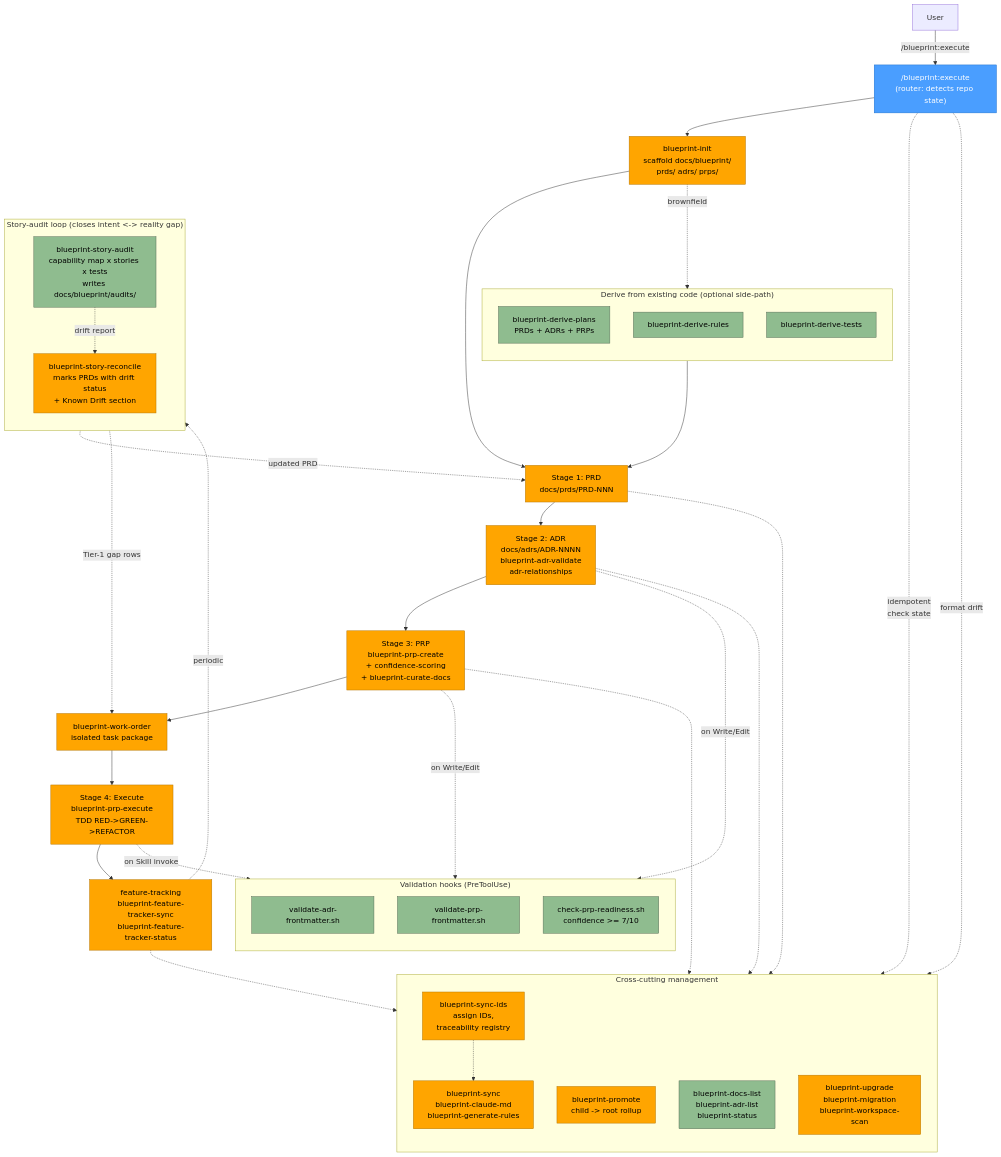
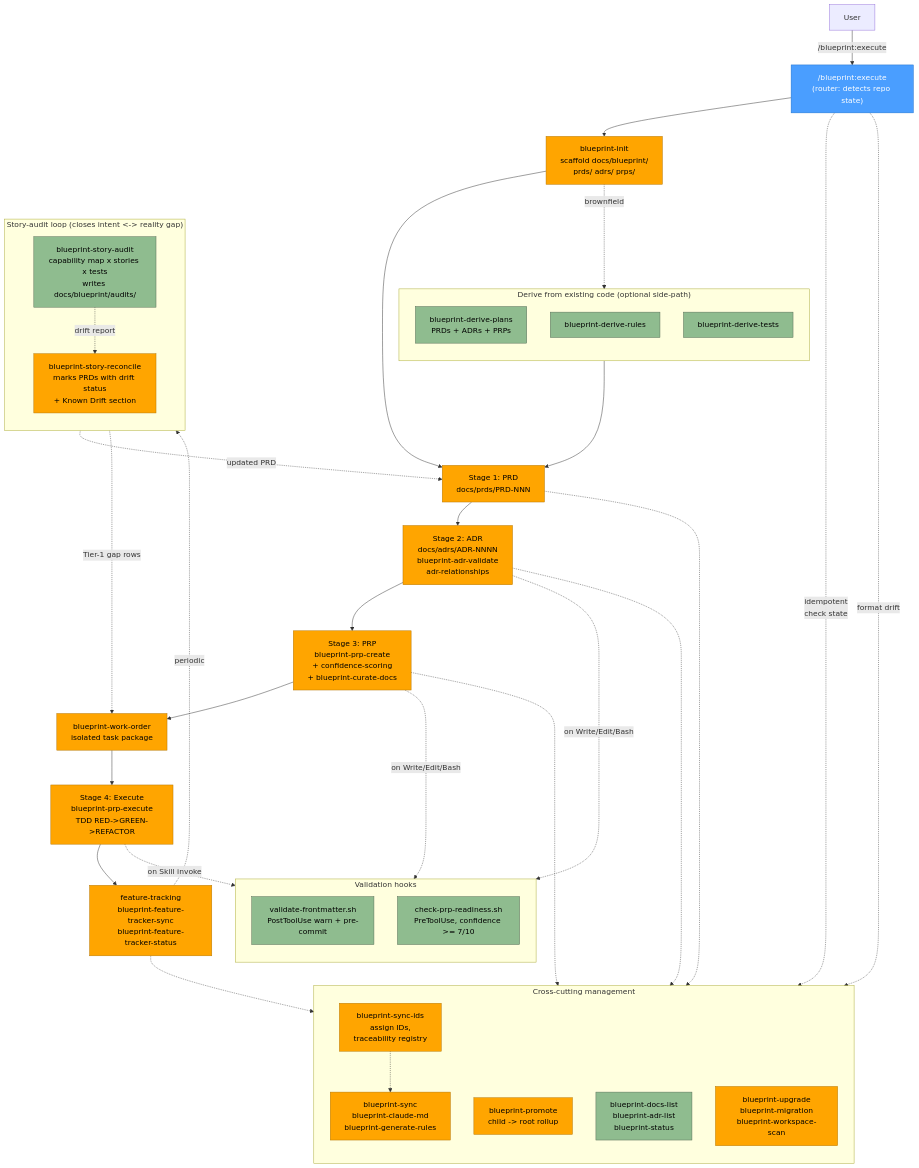
One commit to laurigates/claude-plugins changed the diagram in blueprint-plugin/docs/flow.md. Above: the diagram before and after it, drawn with Mermaid. The commit also changed other lines of this file and 35 other files, not shown here.

First line of the commit message:
fix(blueprint-plugin): fire document hooks for absolute paths and Bash edits (#2999)

````diff
--- a/blueprint-plugin/docs/flow.md
+++ b/blueprint-plugin/docs/flow.md
@@ -3,77 +3,76 @@
 ```mermaid
 flowchart TD
     U[User] -->|/blueprint:execute| EX["/blueprint:execute<br/>(router: detects repo state)"]
 
     EX --> INIT[blueprint-init<br/>scaffold docs/blueprint/<br/>prds/ adrs/ prps/]
 
     subgraph DERIVE["Derive from existing code (optional side-path)"]
         direction TB
         DPL[blueprint-derive-plans<br/>PRDs + ADRs + PRPs]
         DR[blueprint-derive-rules]
         DT[blueprint-derive-tests]
     end
 
     INIT -.->|brownfield| DERIVE
 
     INIT --> PRD[Stage 1: PRD<br/>docs/prds/PRD-NNN]
     DERIVE --> PRD
 
     PRD --> ADR[Stage 2: ADR<br/>docs/adrs/ADR-NNNN<br/>blueprint-adr-validate<br/>adr-relationships]
 
     ADR --> PRP[Stage 3: PRP<br/>blueprint-prp-create<br/>+ confidence-scoring<br/>+ blueprint-curate-docs]
 
     PRP --> WO[blueprint-work-order<br/>isolated task package]
 
     WO --> RUN[Stage 4: Execute<br/>blueprint-prp-execute<br/>TDD RED->GREEN->REFACTOR]
 
     RUN --> TRACK[feature-tracking<br/>blueprint-feature-tracker-sync<br/>blueprint-feature-tracker-status]
 
     subgraph AUDIT["Story-audit loop (closes intent <-> reality gap)"]
         direction TB
         SA[blueprint-story-audit<br/>capability map x stories x tests<br/>writes docs/blueprint/audits/]
         SR[blueprint-story-reconcile<br/>marks PRDs with drift status<br/>+ Known Drift section]
     end
 
     TRACK -.->|periodic| SA
     SA -.->|drift report| SR
     SR -.->|updated PRD| PRD
     SA -.->|Tier-1 gap rows| WO
 
     subgraph META["Cross-cutting management"]
         direction TB
         SID[blueprint-sync-ids<br/>assign IDs,<br/>traceability registry]
         SYNC[blueprint-sync<br/>blueprint-claude-md<br/>blueprint-generate-rules]
         PROM[blueprint-promote<br/>child -> root rollup]
         LIST[blueprint-docs-list<br/>blueprint-adr-list<br/>blueprint-status]
         UPG[blueprint-upgrade<br/>blueprint-migration<br/>blueprint-workspace-scan]
     end
 
     PRD -.-> SID
     ADR -.-> SID
     PRP -.-> SID
     SID -.-> SYNC
     TRACK -.-> PROM
 
     EX -.->|idempotent<br/>check state| LIST
     EX -.->|format drift| UPG
 
-    subgraph VALID["Validation hooks (PreToolUse)"]
+    subgraph VALID["Validation hooks"]
         direction TB
-        VA[validate-adr-frontmatter.sh]
-        VP[validate-prp-frontmatter.sh]
-        CR[check-prp-readiness.sh<br/>confidence >= 7/10]
+        VA[validate-frontmatter.sh<br/>PostToolUse warn + pre-commit]
+        CR[check-prp-readiness.sh<br/>PreToolUse, confidence >= 7/10]
     end
 
-    ADR -.->|on Write/Edit| VA
-    PRP -.->|on Write/Edit| VP
+    ADR -.->|on Write/Edit/Bash| VA
+    PRP -.->|on Write/Edit/Bash| VA
     RUN -.->|on Skill invoke| CR
 
     classDef router fill:#4a9eff,stroke:#1a6ecc,color:#fff
     classDef check fill:#8fbc8f,stroke:#556b55,color:#000
     classDef fix fill:#ffa500,stroke:#b37400,color:#000
     classDef prompt fill:#dda0dd,stroke:#8b5a8b,color:#000
 
     class EX router
-    class DPL,DR,DT,LIST,VA,VP,CR,SA check
+    class DPL,DR,DT,LIST,VA,CR,SA check
     class INIT,PRD,ADR,PRP,WO,RUN,TRACK,SID,SYNC,PROM,UPG,SR fix
 ```
````
